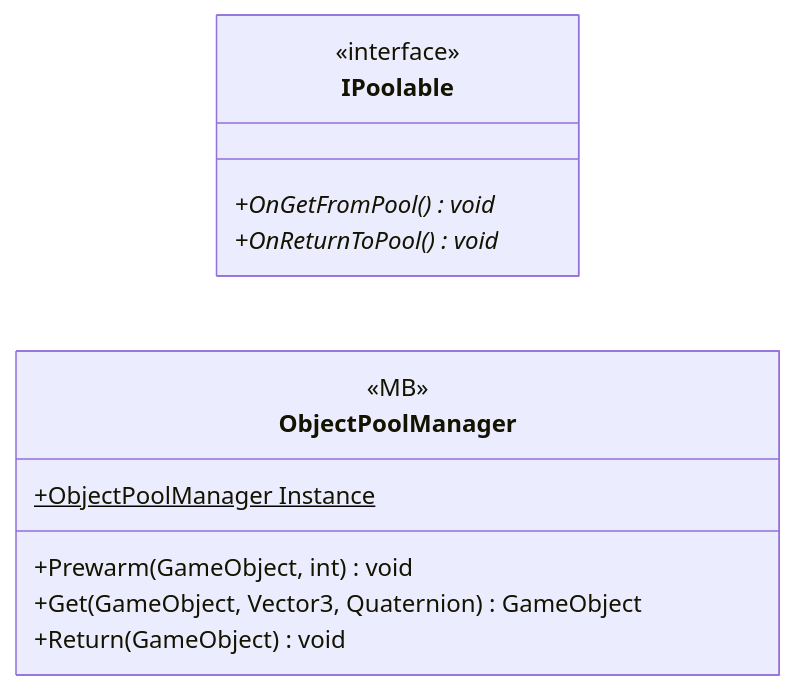
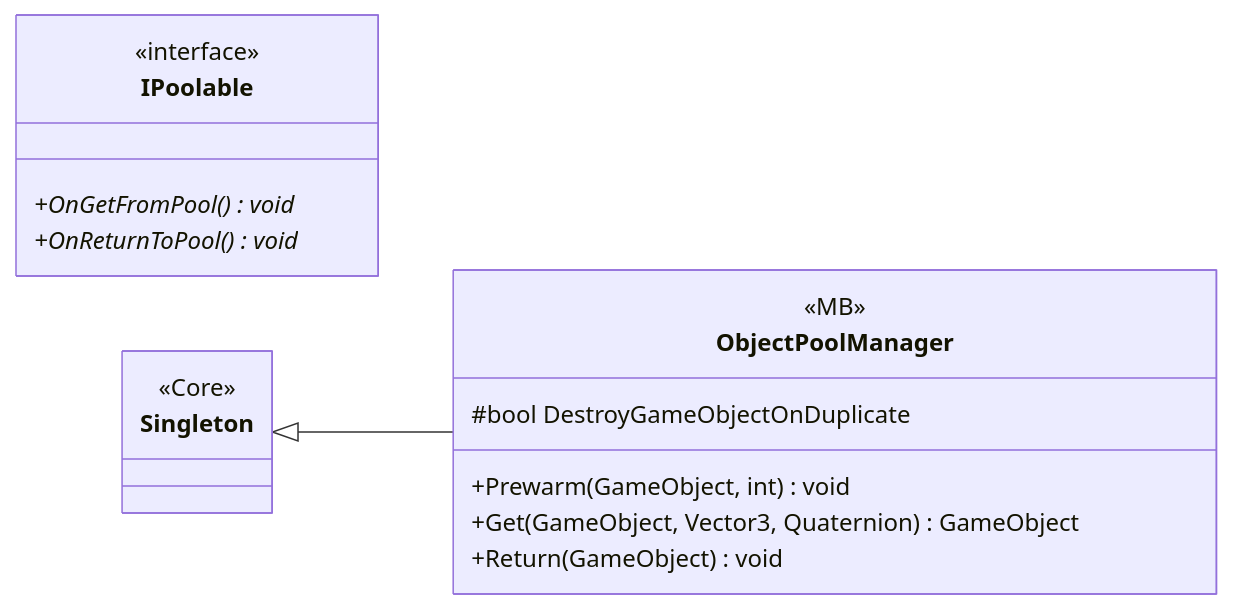
Before and after one commit to PhumipatWave/project-ocean: the diagram in docs/uml/modules/Core_Pool.md, drawn with Mermaid. The commit also changed other lines of this file and 71 other files, not shown here.

Commit message:
Update UML diagrams

````diff
--- a/docs/uml/modules/Core_Pool.md
+++ b/docs/uml/modules/Core_Pool.md
@@ -7,16 +7,20 @@
 ```mermaid
 classDiagram
   direction LR
   class IPoolable {
     <<interface>>
     +OnGetFromPool()* void
     +OnReturnToPool()* void
   }
   class ObjectPoolManager {
     <<MB>>
-    +ObjectPoolManager Instance$
+    #bool DestroyGameObjectOnDuplicate
     +Prewarm(GameObject, int) void
     +Get(GameObject, Vector3, Quaternion) GameObject
     +Return(GameObject) void
   }
+  class Singleton {
+    <<Core>>
+  }
+  Singleton <|-- ObjectPoolManager
 ```
````
